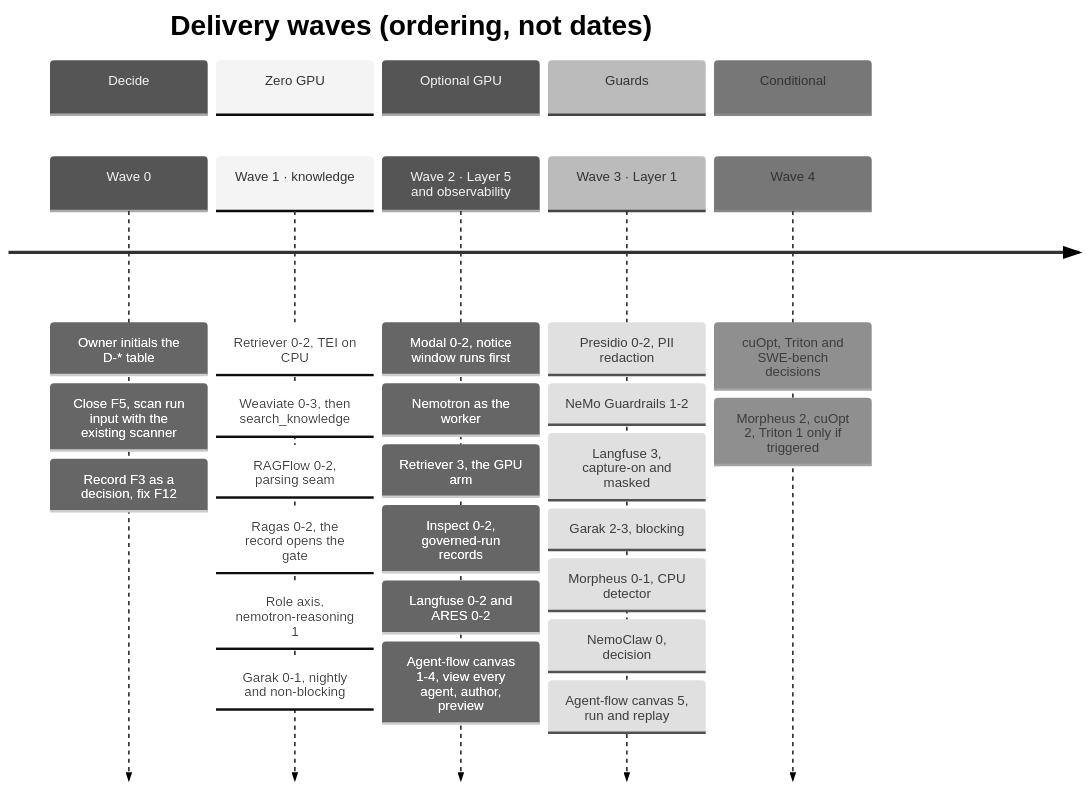
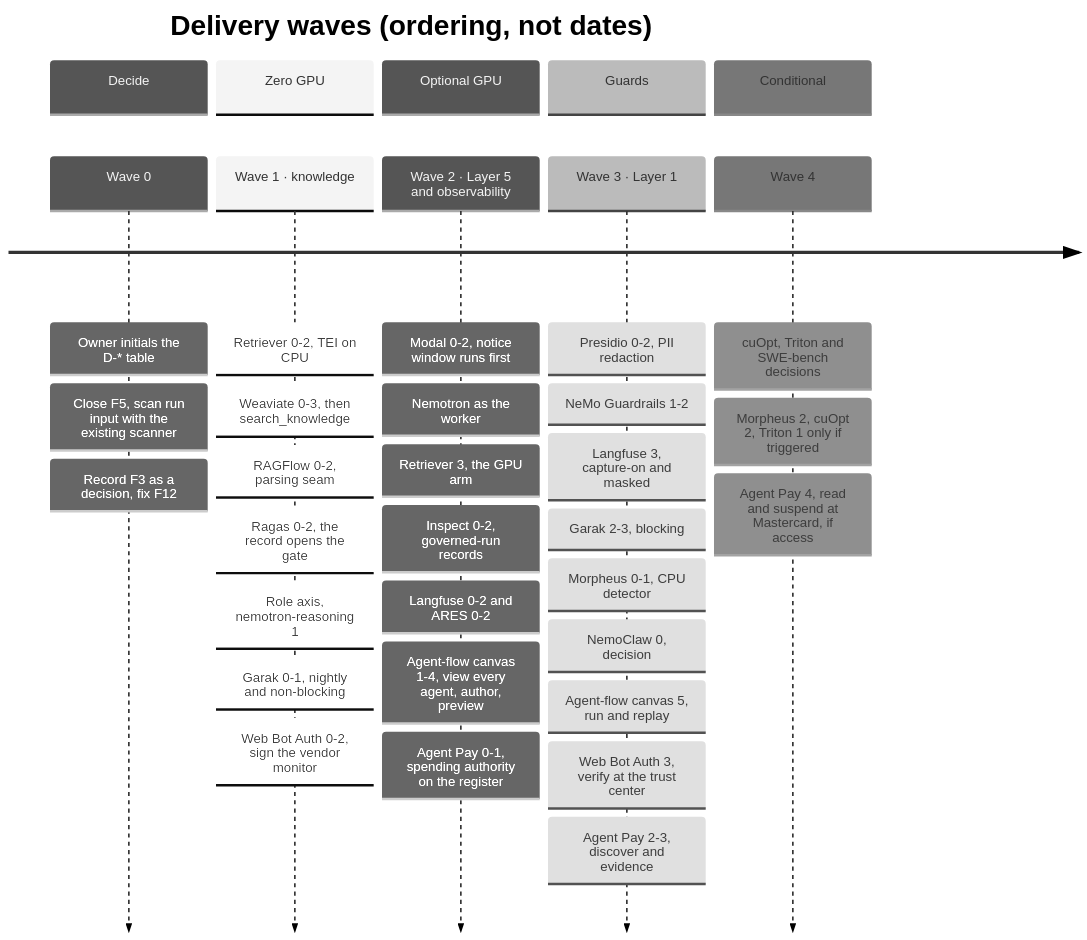
Before and after one commit to RodnaPamet/inflect-compliance: the third of 5 diagrams in docs/ai-architecture-roadmap.md, drawn with Mermaid (neutral theme). The commit also changed other lines of this file and 4 other files, not shown here.

First line of the commit message:
docs(ai-architecture): add Web Bot Auth and Mastercard Agent Pay to the roadmap (#4617)

````diff
--- a/docs/ai-architecture-roadmap.md
+++ b/docs/ai-architecture-roadmap.md
@@ -427,33 +449,38 @@
 ```mermaid
 timeline
   title Delivery waves (ordering, not dates)
   section Decide
     Wave 0 : Owner initials the D-* table
            : Close F5, scan run input with the existing scanner
            : Record F3 as a decision, fix F12
   section Zero GPU
     Wave 1 · knowledge : Retriever 0-2, TEI on CPU
                        : Weaviate 0-3, then search_knowledge
                        : RAGFlow 0-2, parsing seam
                        : Ragas 0-2, the record opens the gate
                        : Role axis, nemotron-reasoning 1
                        : Garak 0-1, nightly and non-blocking
+                       : Web Bot Auth 0-2, sign the vendor monitor
   section Optional GPU
     Wave 2 · Layer 5 and observability : Modal 0-2, notice window runs first
                                        : Nemotron as the worker
                                        : Retriever 3, the GPU arm
                                        : Inspect 0-2, governed-run records
                                        : Langfuse 0-2 and ARES 0-2
                                        : Agent-flow canvas 1-4, view every agent, author, preview
+                                       : Agent Pay 0-1, spending authority on the register
   section Guards
     Wave 3 · Layer 1 : Presidio 0-2, PII redaction
                      : NeMo Guardrails 1-2
                      : Langfuse 3, capture-on and masked
                      : Garak 2-3, blocking
                      : Morpheus 0-1, CPU detector
                      : NemoClaw 0, decision
                      : Agent-flow canvas 5, run and replay
+                     : Web Bot Auth 3, verify at the trust center
+                     : Agent Pay 2-3, discover and evidence
   section Conditional
     Wave 4 : cuOpt, Triton and SWE-bench decisions
            : Morpheus 2, cuOpt 2, Triton 1 only if triggered
+           : Agent Pay 4, read and suspend at Mastercard, if access
 ```
````
